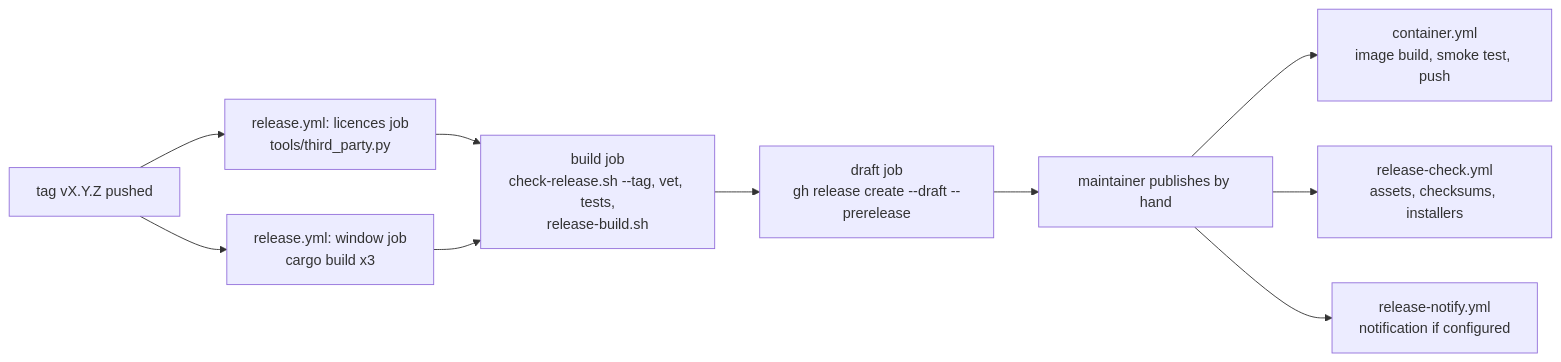
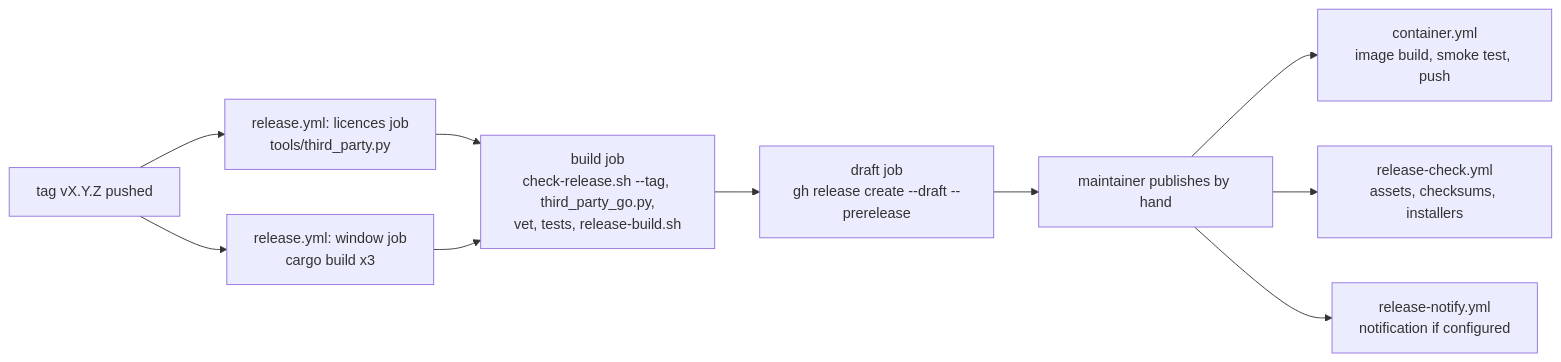
One commit to undecuple/re-psn changed the sixth of 7 diagrams in docs/code-map.md. Above: the diagram before and after it, drawn with Mermaid. The commit also changed other lines of this file and 13 other files, not shown here.

````diff
--- a/docs/code-map.md
+++ b/docs/code-map.md
@@ -246,12 +246,12 @@
 ```mermaid
 flowchart LR
   tag["tag vX.Y.Z pushed"] --> win["release.yml: window job<br/>cargo build x3"]
   tag --> lic["release.yml: licences job<br/>tools/third_party.py"]
   lic --> bld
-  win --> bld["build job<br/>check-release.sh --tag, vet, tests,<br/>release-build.sh"]
+  win --> bld["build job<br/>check-release.sh --tag, third_party_go.py,<br/>vet, tests, release-build.sh"]
   bld --> dr["draft job<br/>gh release create --draft --prerelease"]
   dr --> man["maintainer publishes by hand"]
   man --> cc["container.yml<br/>image build, smoke test, push"]
   man --> rc["release-check.yml<br/>assets, checksums, installers"]
   man --> rn["release-notify.yml<br/>notification if configured"]
 ```
````
